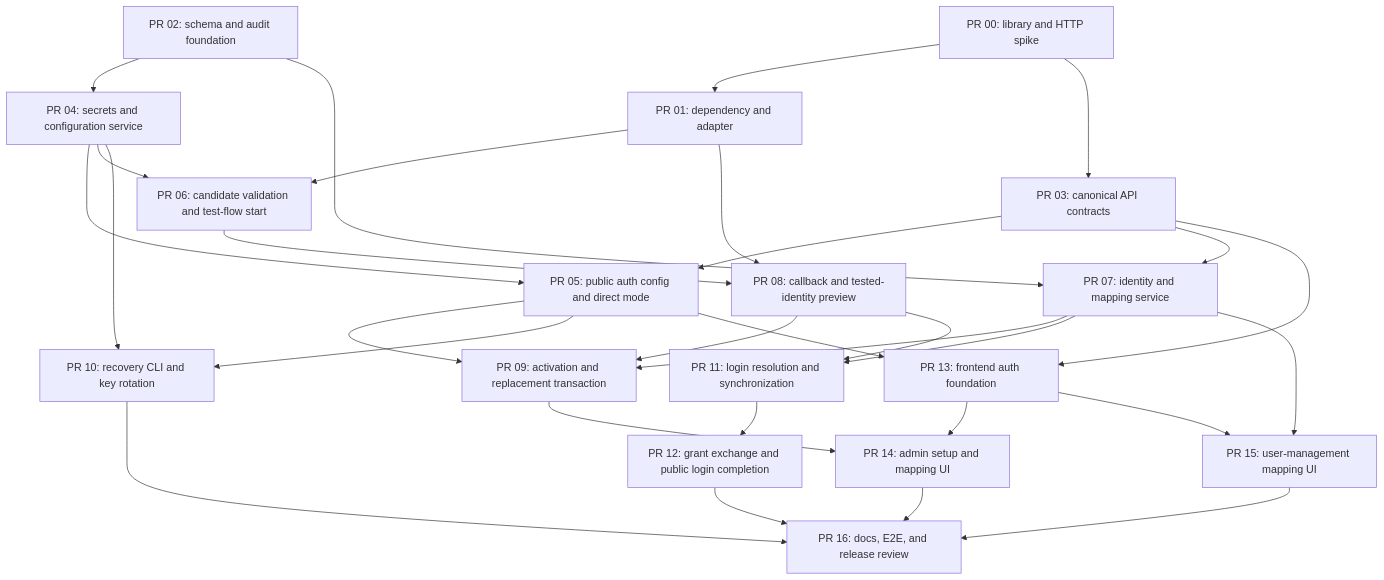
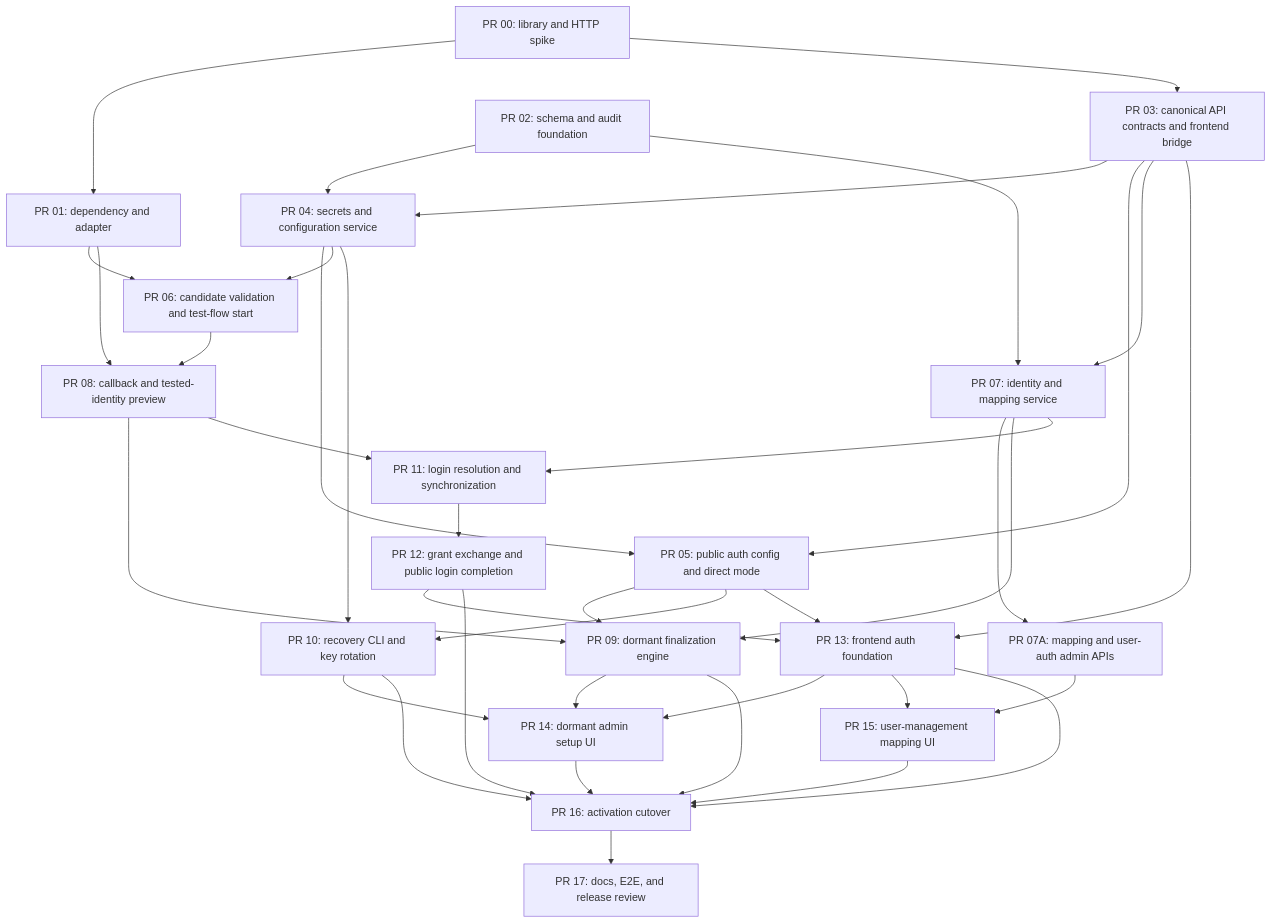
The diagram in documentation_planning/OAUTH_OIDC_IMPLEMENTATION_PLAN.md (helgeklein/sambee), drawn with Mermaid before and after one commit. The commit also changed other lines of this file, not shown here.

Commit message:
Implementation plan review

````diff
--- a/documentation_planning/OAUTH_OIDC_IMPLEMENTATION_PLAN.md
+++ b/documentation_planning/OAUTH_OIDC_IMPLEMENTATION_PLAN.md
@@ -205,32 +220,39 @@
 ```mermaid
 flowchart TD
     P00[PR 00: library and HTTP spike] --> P01[PR 01: dependency and adapter]
-    P00 --> P03[PR 03: canonical API contracts]
+    P00 --> P03[PR 03: canonical API contracts and frontend bridge]
     P02[PR 02: schema and audit foundation] --> P04[PR 04: secrets and configuration service]
+    P03 --> P04
     P03 --> P05[PR 05: public auth config and direct mode]
     P04 --> P05
     P04 --> P06[PR 06: candidate validation and test-flow start]
     P01 --> P06
     P02 --> P07[PR 07: identity and mapping service]
     P03 --> P07
     P06 --> P08[PR 08: callback and tested-identity preview]
     P01 --> P08
-    P07 --> P09[PR 09: activation and replacement transaction]
+    P07 --> P07A[PR 07A: mapping and user-auth admin APIs]
+    P07 --> P09[PR 09: dormant finalization engine]
     P08 --> P09
     P05 --> P09
     P05 --> P10[PR 10: recovery CLI and key rotation]
     P04 --> P10
     P07 --> P11[PR 11: login resolution and synchronization]
     P08 --> P11
     P11 --> P12[PR 12: grant exchange and public login completion]
     P03 --> P13[PR 13: frontend auth foundation]
     P05 --> P13
-    P09 --> P14[PR 14: admin setup and mapping UI]
+    P12 --> P13
+    P09 --> P14[PR 14: dormant admin setup UI]
+    P10 --> P14
     P13 --> P14
-    P07 --> P15[PR 15: user-management mapping UI]
+    P07A --> P15[PR 15: user-management mapping UI]
     P13 --> P15
-    P10 --> P16[PR 16: docs, E2E, and release review]
+    P09 --> P16[PR 16: activation cutover]
+    P10 --> P16
     P12 --> P16
+    P13 --> P16
     P14 --> P16
     P15 --> P16
+    P16 --> P17[PR 17: docs, E2E, and release review]
 ```
````
